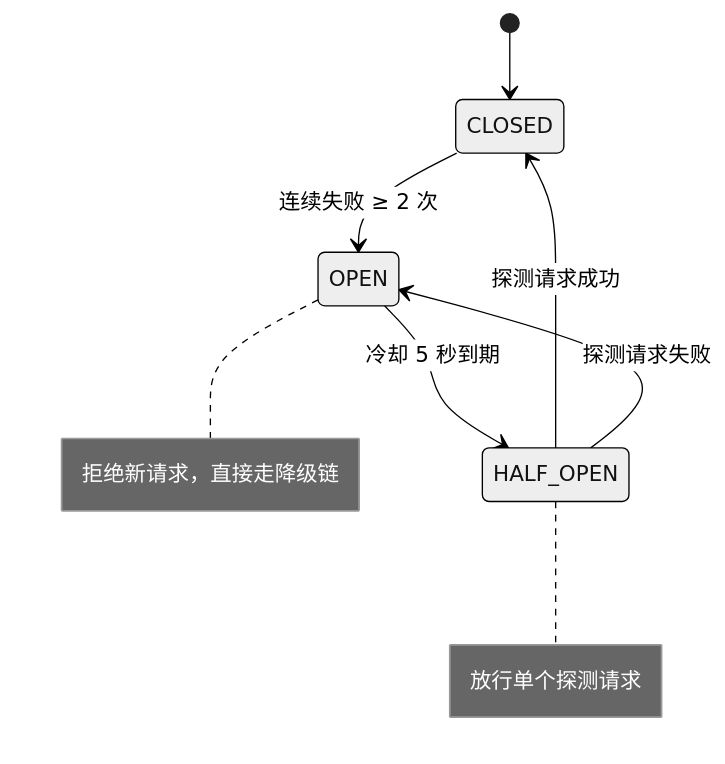
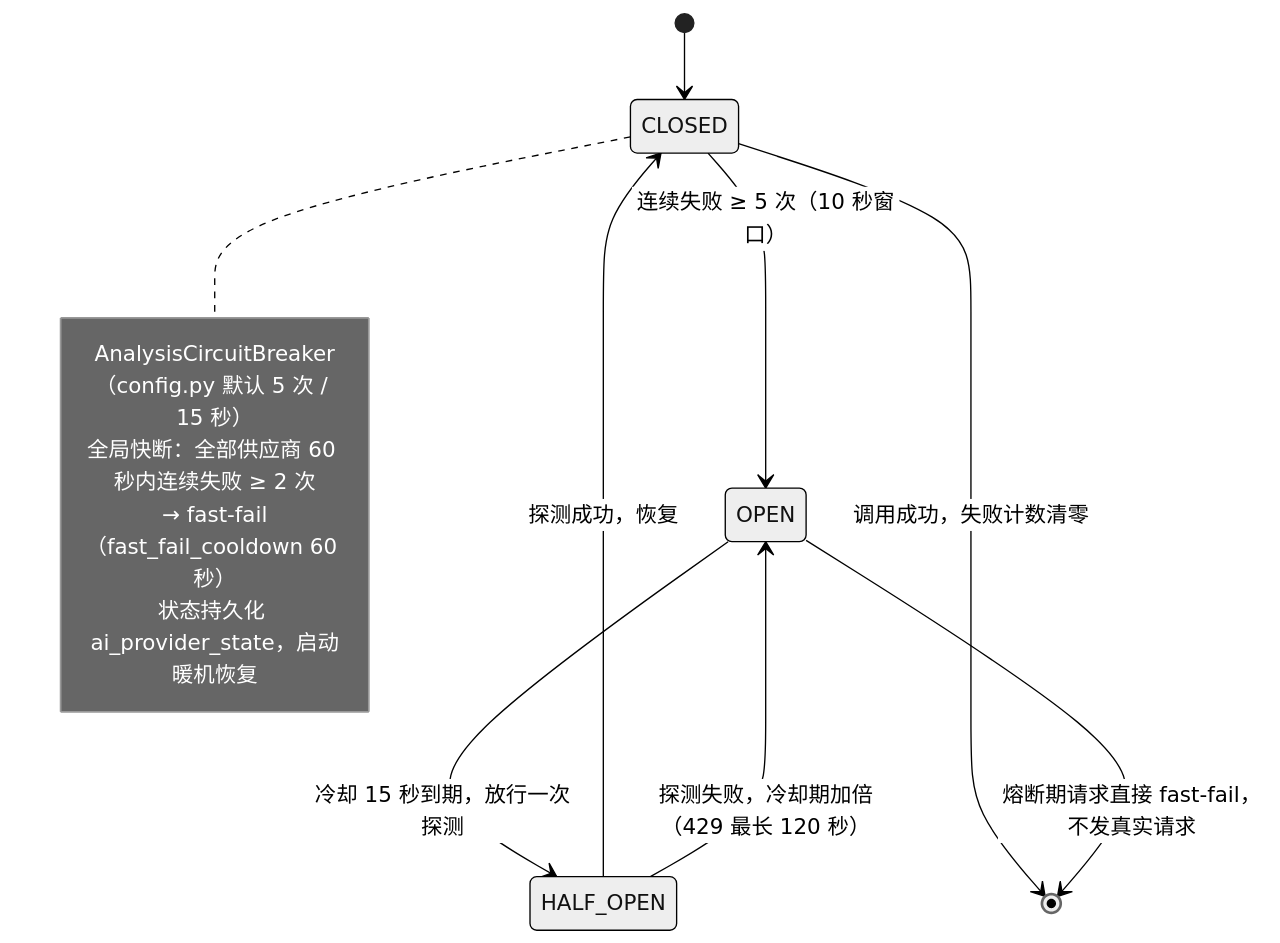
The eighth of 34 diagrams in docs/技术架构文档.MD (he-fei-ai/bidforge-jiangong), drawn with Mermaid (neutral theme) before and after one commit. The commit also changed other lines of this file and 2 other files, not shown here.

First line of the commit message:
docs: 主文档更新至 v5.4，合并 v5.3 图集并对齐 2026-11-09 实测数字

````diff
--- a/docs/技术架构文档.MD
+++ b/docs/技术架构文档.MD
@@ -343,10 +462,17 @@
 ```mermaid
 stateDiagram-v2
     [*] --> CLOSED
-    CLOSED --> OPEN : 连续失败 ≥ 2 次
-    OPEN --> HALF_OPEN : 冷却 5 秒到期
-    HALF_OPEN --> CLOSED : 探测请求成功
-    HALF_OPEN --> OPEN : 探测请求失败
-    note right of OPEN : 拒绝新请求，直接走降级链
-    note right of HALF_OPEN : 放行单个探测请求
+    CLOSED --> OPEN : 连续失败 ≥ 5 次（10 秒窗口）
+    CLOSED --> [*] : 调用成功，失败计数清零
+    OPEN --> HALF_OPEN : 冷却 15 秒到期，放行一次探测
+    OPEN --> [*] : 熔断期请求直接 fast-fail，不发真实请求
+    HALF_OPEN --> CLOSED : 探测成功，恢复
+    HALF_OPEN --> OPEN : 探测失败，冷却期加倍（429 最长 120 秒）
+
+    note right of CLOSED
+        AnalysisCircuitBreaker（config.py 默认 5 次 / 15 秒）
+        全局快断：全部供应商 60 秒内连续失败 ≥ 2 次
+        → fast-fail（fast_fail_cooldown 60 秒）
+        状态持久化 ai_provider_state，启动暖机恢复
+    end note
 ```
````
